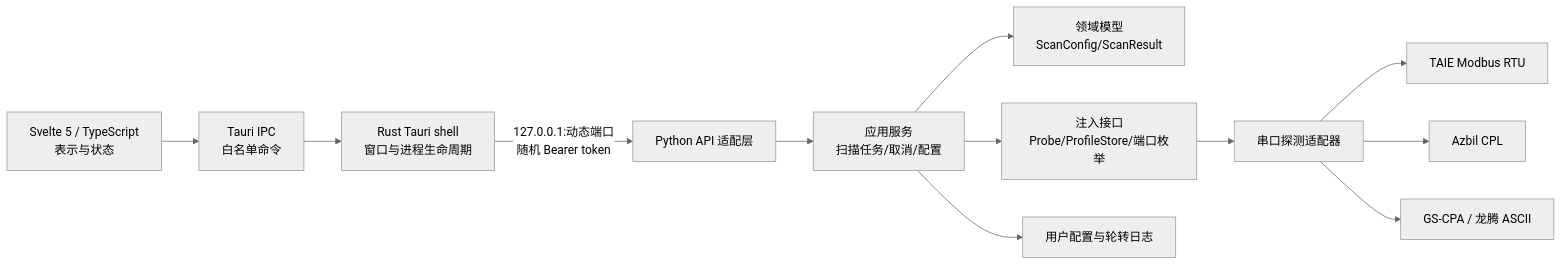
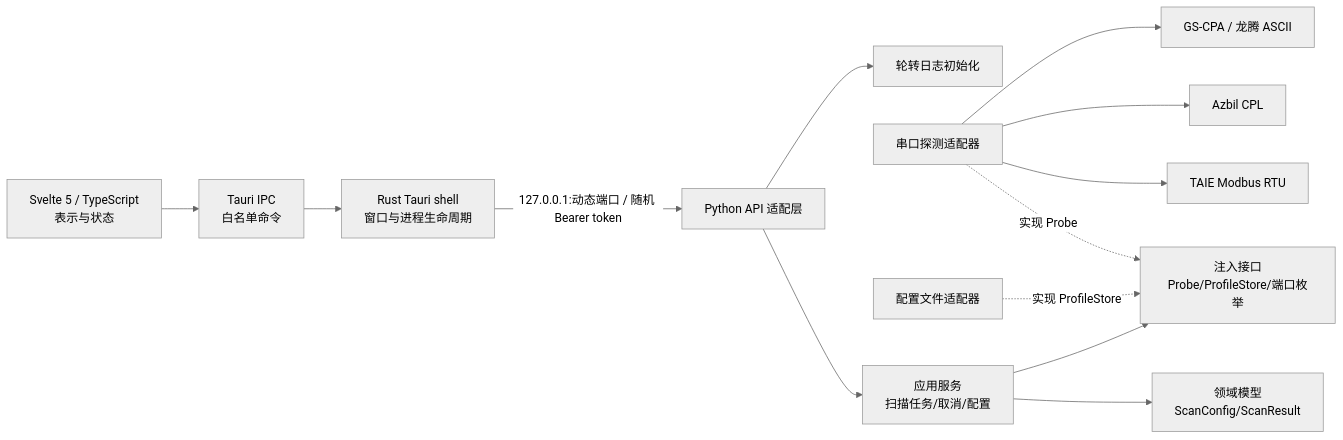
The first of 3 diagrams in docs/technical-architecture.md (kevinalliswell/RKA-3000-comm-tester), drawn with Mermaid (neutral theme) before and after one commit. The commit also changed other lines of this file and 3 other files, not shown here.

````diff
--- a/docs/technical-architecture.md
+++ b/docs/technical-architecture.md
@@ -7,14 +7,15 @@
 ```mermaid
 flowchart LR
-    UI[Svelte 5 / TypeScript\n表示与状态] --> IPC[Tauri IPC\n白名单命令]
-    IPC --> Shell[Rust Tauri shell\n窗口与进程生命周期]
-    Shell -->|127.0.0.1:动态端口\n随机 Bearer token| API[Python API 适配层]
-    API --> App[应用服务\n扫描任务/取消/配置]
-    App --> Domain[领域模型\nScanConfig/ScanResult]
-    App --> Ports[注入接口\nProbe/ProfileStore/端口枚举]
-    Ports --> Scanner[串口探测适配器]
+    UI["Svelte 5 / TypeScript<br/>表示与状态"] --> IPC["Tauri IPC<br/>白名单命令"]
+    IPC --> Shell["Rust Tauri shell<br/>窗口与进程生命周期"]
+    Shell -->|"127.0.0.1:动态端口 / 随机 Bearer token"| API[Python API 适配层]
+    API --> App["应用服务<br/>扫描任务/取消/配置"]
+    App --> Domain["领域模型<br/>ScanConfig/ScanResult"]
+    App --> Ports["注入接口<br/>Probe/ProfileStore/端口枚举"]
+    Scanner[串口探测适配器] -.实现 Probe.-> Ports
     Scanner --> TAIE[TAIE Modbus RTU]
     Scanner --> Azbil[Azbil CPL]
     Scanner --> Balance[GS-CPA / 龙腾 ASCII]
-    App --> Store[用户配置与轮转日志]
+    Store[配置文件适配器] -.实现 ProfileStore.-> Ports
+    API --> Logs[轮转日志初始化]
 ```
````
